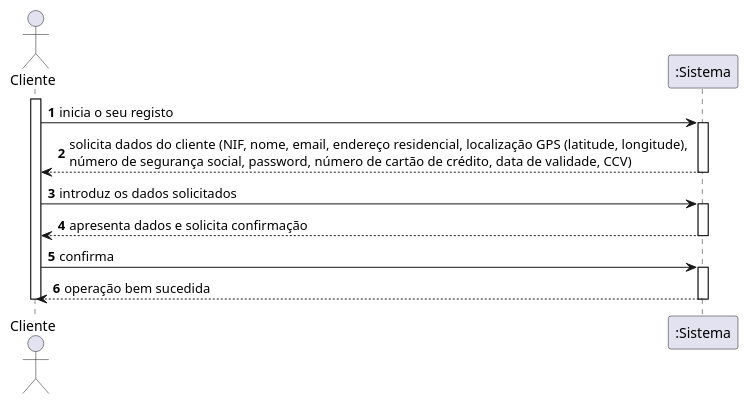
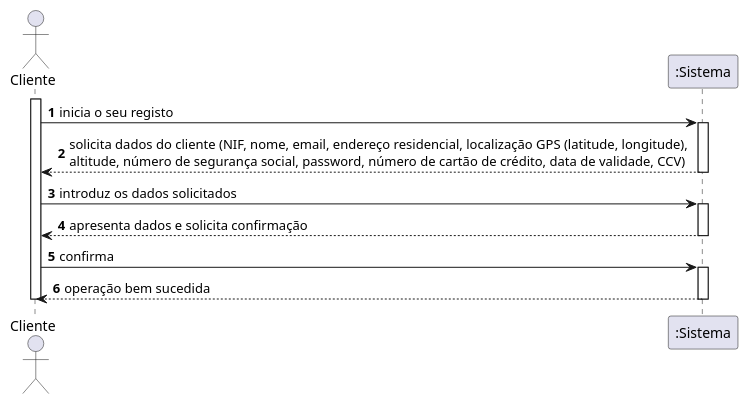
The diagram in docs/UC7/SSD-REGISTAR CLIENTE.puml (pedrolemos4/LAPR3), drawn with PlantUML before and after one commit. The commit also changed 7 other files, not shown here.

```diff
--- a/docs/UC7/SSD-REGISTAR CLIENTE.puml
+++ b/docs/UC7/SSD-REGISTAR CLIENTE.puml
@@ -1,22 +1,22 @@
 @startuml
 autonumber
 actor "Cliente" as CL
 
 activate CL
 CL -> ":Sistema" : inicia o seu registo
 activate ":Sistema"
-":Sistema" --> CL : solicita dados do cliente (NIF, nome, email, endereço residencial, localização GPS (latitude, longitude), \nnúmero de segurança social, password, número de cartão de crédito, data de validade, CCV)
+":Sistema" --> CL : solicita dados do cliente (NIF, nome, email, endereço residencial, localização GPS (latitude, longitude), \naltitude, número de segurança social, password, número de cartão de crédito, data de validade, CCV)
 deactivate ":Sistema"
 
 CL -> ":Sistema" : introduz os dados solicitados
 activate ":Sistema"
 ":Sistema" --> CL : apresenta dados e solicita confirmação
 deactivate ":Sistema"
 
 CL -> ":Sistema" : confirma
 activate ":Sistema"
 ":Sistema" --> CL : operação bem sucedida
 deactivate ":Sistema"
 
 deactivate CL
 @enduml
```
